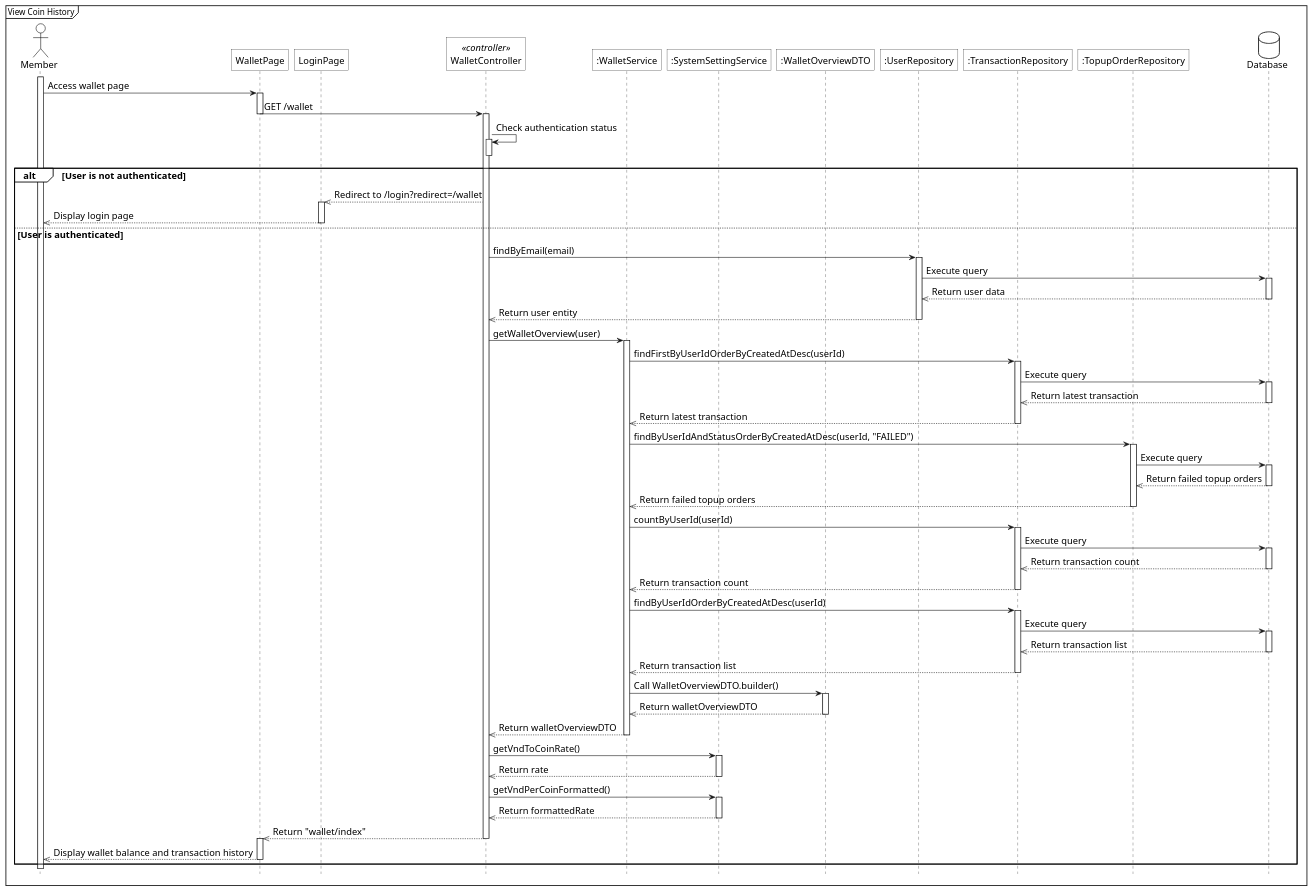
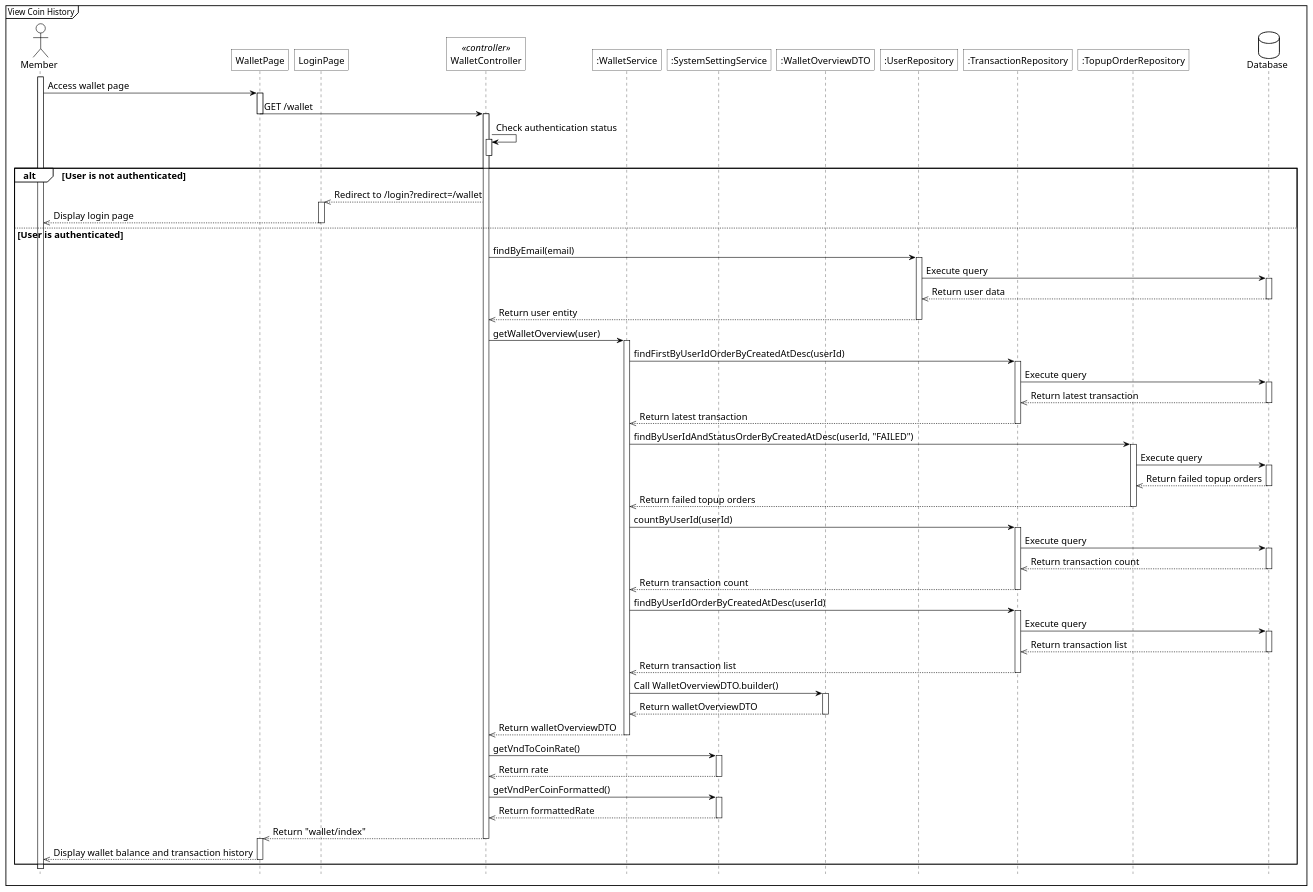
The diagram in docs/diagrams/sequence_plantuml/sq_view_coin_history.plantuml (Phuoctai228/tram-truyen), drawn with PlantUML before and after one commit. The commit also changed 20 other files, not shown here.

Commit message:
sequence đen vcl

```diff
--- a/docs/diagrams/sequence_plantuml/sq_view_coin_history.plantuml
+++ b/docs/diagrams/sequence_plantuml/sq_view_coin_history.plantuml
@@ -1,115 +1,136 @@
 @startuml sq_view_coin_history
 <style>
+    root {
+        LineColor black
+    }
     sequenceDiagram{
+        LineColor black
         FontSize 16
 
         arrow {
+            LineColor black
             ' Set the maximum width of the text on arrows
             MaximumWidth 300
         }
         actor{
+            LineColor black
             BackgroundColor white
             LineThickness 1.0
         }
         participant{
+            LineColor black
             BackgroundColor white
             RoundCorner 0
         }
         database{
+            LineColor black
+            BackgroundColor white
+        }
+        lifeLine{
+            LineColor black
+            BackgroundColor white
+        }
+        group{
+            LineColor black
             BackgroundColor white
         }
         groupHeader{
+            LineColor black
             BackgroundColor white
         }
         referenceHeader{
+            LineColor black
             BackgroundColor white
         }
         reference{
+            LineColor black
             BackgroundColor white
         }
     }
 </style>
+skinparam monochrome true
+
 
 hide footbox
 mainframe View Coin History
 
 actor Member as act
 participant "WalletPage" as view
 participant "LoginPage" as r_view
 participant "WalletController" as ctrl <<controller>>
 participant ":WalletService" as svc
 participant ":SystemSettingService" as setting_svc
 participant ":WalletOverviewDTO" as dto
 participant ":UserRepository" as user_repo
 participant ":TransactionRepository" as tx_repo
 participant ":TopupOrderRepository" as order_repo
 database Database as db
 
 act ++
 
 act -> view++: Access wallet page
 view -> ctrl--: GET /wallet
 activate ctrl
 
 ctrl -> ctrl++: Check authentication status
 ctrl--
 alt User is not authenticated
     ctrl -->> r_view: Redirect to /login?redirect=/wallet
     activate r_view
     r_view -->> act: Display login page
     deactivate r_view
 else User is authenticated
     ctrl -> user_repo++: findByEmail(email)
     user_repo -> db++: Execute query
     db -->> user_repo: Return user data
     db--
     user_repo -->> ctrl: Return user entity
     user_repo--
 
     ctrl -> svc++: getWalletOverview(user)
 
     svc -> tx_repo++: findFirstByUserIdOrderByCreatedAtDesc(userId)
     tx_repo -> db++: Execute query
     db -->> tx_repo: Return latest transaction
     db--
     tx_repo -->> svc: Return latest transaction
     tx_repo--
 
     svc -> order_repo++: findByUserIdAndStatusOrderByCreatedAtDesc(userId, "FAILED")
     order_repo -> db++: Execute query
     db -->> order_repo: Return failed topup orders
     db--
     order_repo -->> svc: Return failed topup orders
     order_repo--
 
     svc -> tx_repo++: countByUserId(userId)
     tx_repo -> db++: Execute query
     db -->> tx_repo: Return transaction count
     db--
     tx_repo -->> svc: Return transaction count
     tx_repo--
 
     svc -> tx_repo++: findByUserIdOrderByCreatedAtDesc(userId)
     tx_repo -> db++: Execute query
     db -->> tx_repo: Return transaction list
     db--
     tx_repo -->> svc: Return transaction list
     tx_repo--
 
     svc -> dto++: Call WalletOverviewDTO.builder()
     dto -->> svc--: Return walletOverviewDTO
 
     svc -->> ctrl--: Return walletOverviewDTO
 
     ctrl -> setting_svc++: getVndToCoinRate()
     setting_svc -->> ctrl--: Return rate
 
     ctrl -> setting_svc++: getVndPerCoinFormatted()
     setting_svc -->> ctrl--: Return formattedRate
 
     ctrl -->> view--: Return "wallet/index"
     activate view
     view -->> act--: Display wallet balance and transaction history
 end
 
 @enduml
```
